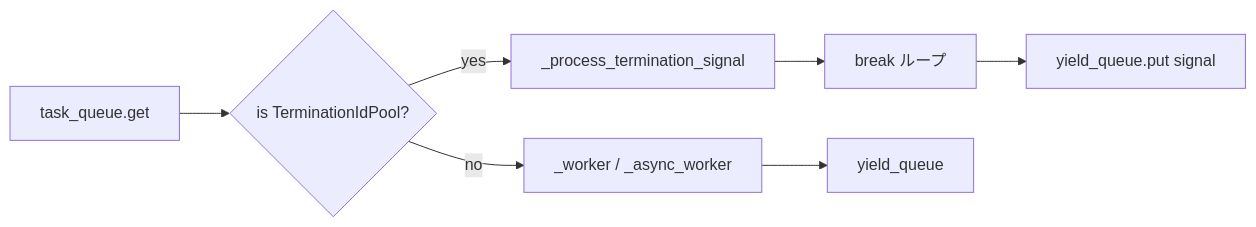
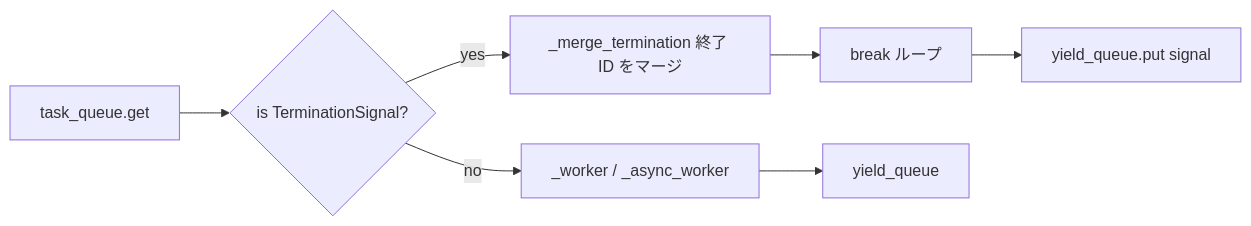
One commit to Mr-xiaotian/CelestialFlow changed the diagram in docs/ja/tests/node/test_dispatch.md. Above: the diagram before and after it, drawn with Mermaid. The commit also changed other lines of this file and 157 other files, not shown here.

````diff
--- a/docs/ja/tests/node/test_dispatch.md
+++ b/docs/ja/tests/node/test_dispatch.md
@@ -64,9 +71,9 @@
 ```mermaid
 flowchart LR
-    In[task_queue.get] --> Sig{is TerminationIdPool?}
-    Sig -- yes --> Merge[_process_termination_signal]
+    In[task_queue.get] --> Sig{is TerminationSignal?}
+    Sig -- yes --> Merge[_merge_termination 終了 ID をマージ]
     Merge --> Break[break ループ]
     Sig -- no --> Worker[_worker / _async_worker]
     Worker --> Out[yield_queue]
     Break --> Put[yield_queue.put signal]
 ```
````
